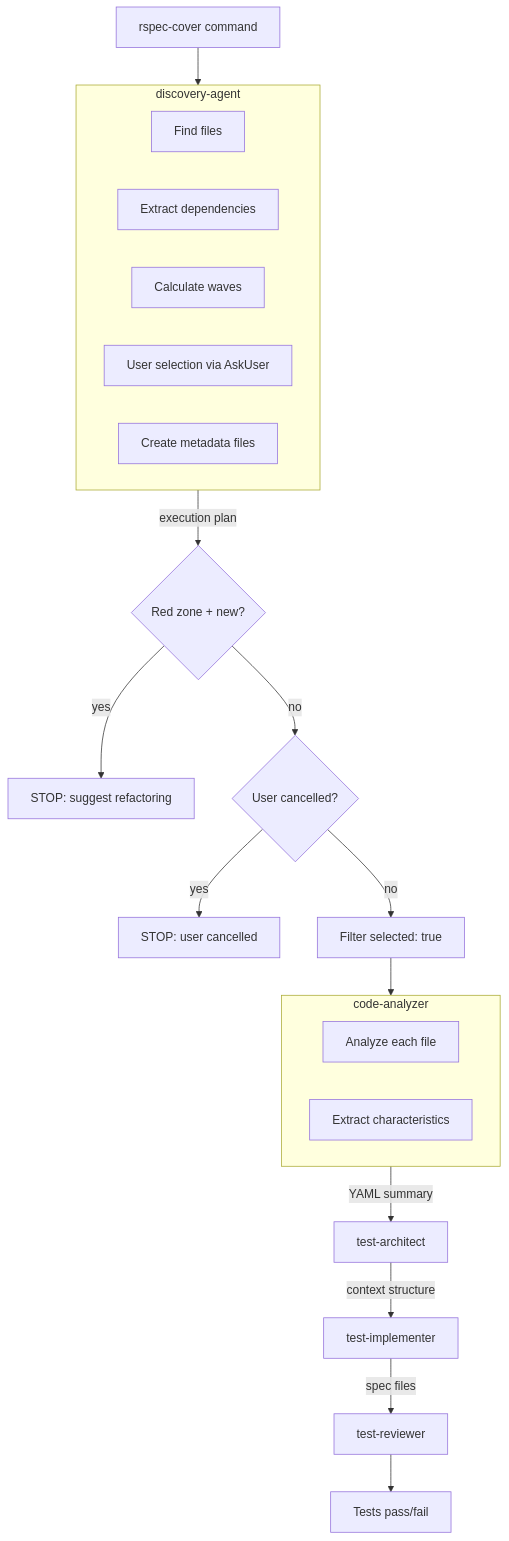
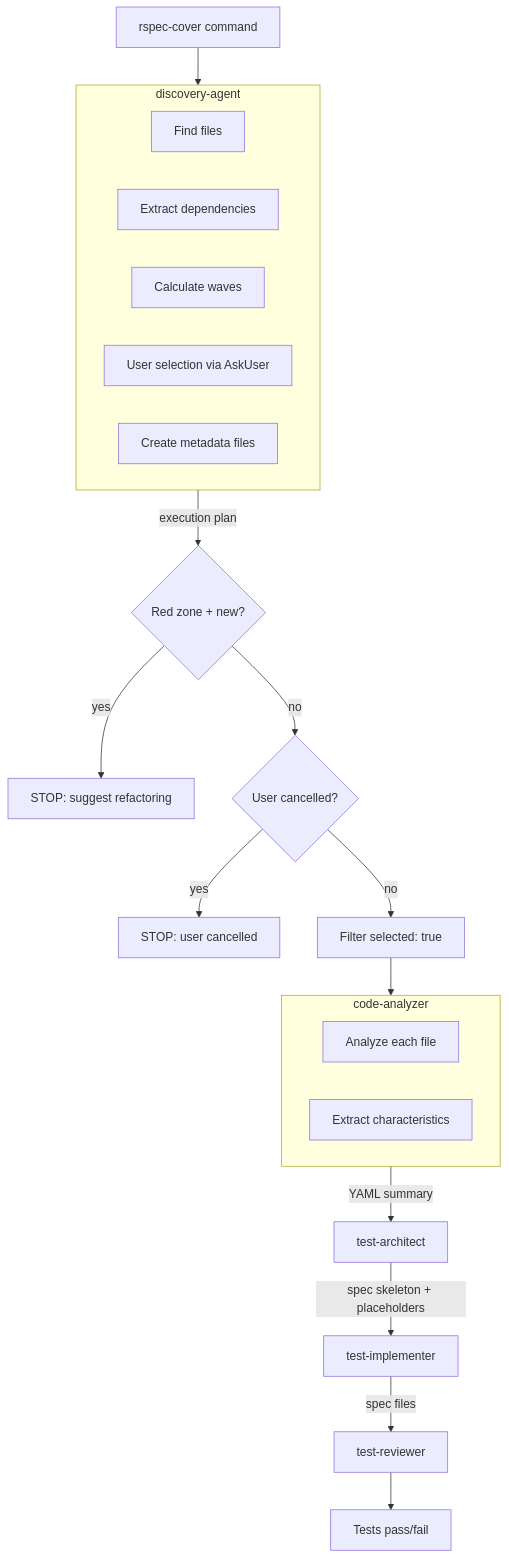
One commit to AlexeyMatskevich/rspec-guide changed the third of 3 diagrams in plugins/rspec-testing/docs/agent-communication.md. Above: the diagram before and after it, drawn with Mermaid. The commit also changed other lines of this file and 14 other files, not shown here.

First line of the commit message:
Refactor test-implementer to fill placeholders instead of generating specs

````diff
--- a/plugins/rspec-testing/docs/agent-communication.md
+++ b/plugins/rspec-testing/docs/agent-communication.md
@@ -630,29 +634,29 @@
 ```mermaid
 flowchart TD
     CMD[rspec-cover command] --> DA
 
     subgraph DA[discovery-agent]
         DA1[Find files]
         DA2[Extract dependencies]
         DA3[Calculate waves]
         DA4[User selection via AskUser]
         DA5[Create metadata files]
     end
 
     DA -->|execution plan| STOP{Red zone + new?}
     STOP -->|yes| HALT[STOP: suggest refactoring]
     STOP -->|no| SEL{User cancelled?}
     SEL -->|yes| CANCEL[STOP: user cancelled]
     SEL -->|no| FILTER[Filter selected: true]
     FILTER --> CA
 
     subgraph CA[code-analyzer]
         CA1[Analyze each file]
         CA2[Extract characteristics]
     end
 
     CA -->|YAML summary| TA[test-architect]
-    TA -->|context structure| TI[test-implementer]
+    TA -->|spec skeleton + placeholders| TI[test-implementer]
     TI -->|spec files| TR[test-reviewer]
     TR --> DONE[Tests pass/fail]
 ```
````
